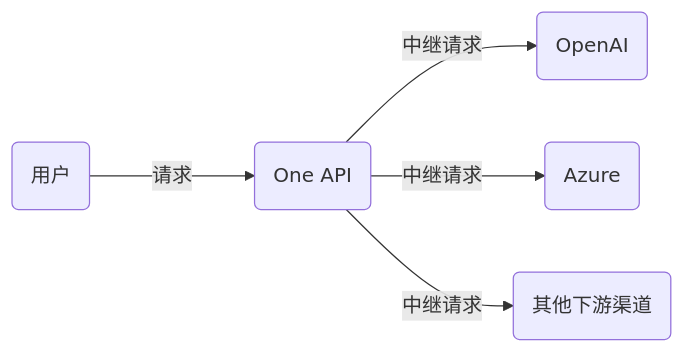
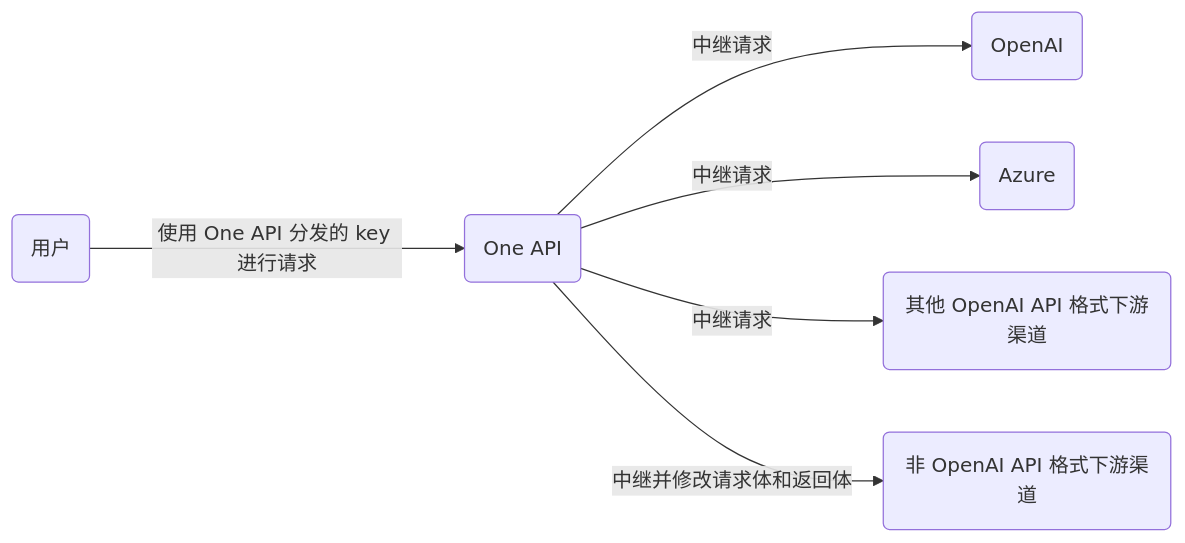
One commit to zhongruan0522/new-api changed the diagram in README.md. Above: the diagram before and after it, drawn with Mermaid. The commit also changed other lines of this file, not shown here.

````diff
--- a/README.md
+++ b/README.md
@@ -292,8 +298,9 @@
 ```mermaid
 graph LR
     A(用户)
-    A --->|请求| B(One API)
+    A --->|使用 One API 分发的 key 进行请求| B(One API)
     B -->|中继请求| C(OpenAI)
     B -->|中继请求| D(Azure)
-    B -->|中继请求| E(其他下游渠道)
+    B -->|中继请求| E(其他 OpenAI API 格式下游渠道)
+    B -->|中继并修改请求体和返回体| F(非 OpenAI API 格式下游渠道)
 ```
````
